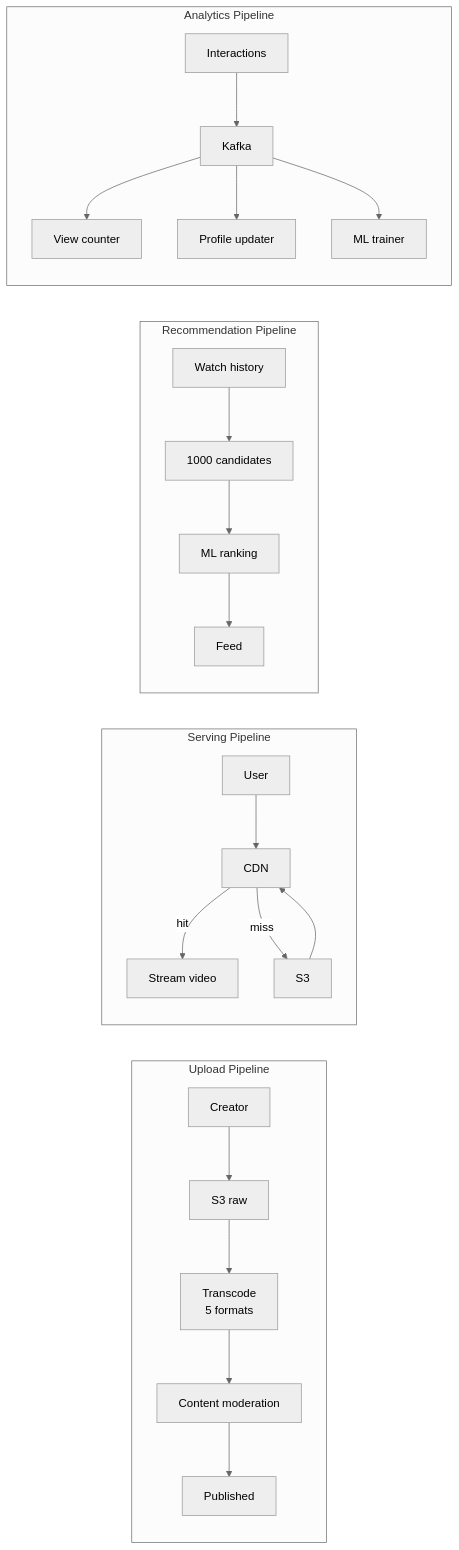
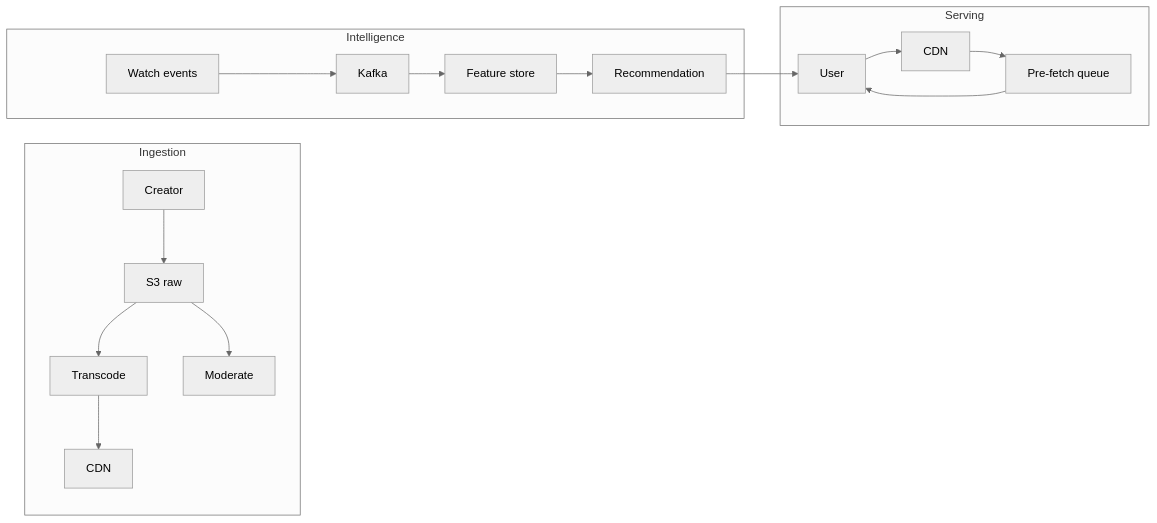
One commit to Nityaa2396/system-design-bootcamp changed the fourth of 4 diagrams in docs/case-studies/tiktok.md. Above: the diagram before and after it, drawn with Mermaid (neutral theme). The commit also changed other lines of this file, not shown here.

````diff
--- a/docs/case-studies/tiktok.md
+++ b/docs/case-studies/tiktok.md
@@ -306,29 +250,22 @@
 ```mermaid
 flowchart LR
-    subgraph Upload Pipeline
+    subgraph Ingestion
         A[Creator] --> B[S3 raw]
-        B --> C[Transcode\n5 formats]
-        C --> D[Content moderation]
-        D --> E[Published]
+        B --> C[Transcode]
+        B --> D[Moderate]
+        C --> E[CDN]
     end
 
-    subgraph Serving Pipeline
+    subgraph Serving
         F[User] --> G[CDN]
-        G -->|hit| H[Stream video]
-        G -->|miss| I[S3]
-        I --> G
+        G --> H[Pre-fetch queue]
+        H --> F
     end
 
-    subgraph Recommendation Pipeline
-        J[Watch history] --> K[1000 candidates]
-        K --> L[ML ranking]
-        L --> M[Feed]
-    end
-
-    subgraph Analytics Pipeline
-        N[Interactions] --> O[Kafka]
-        O --> P[View counter]
-        O --> Q[Profile updater]
-        O --> R[ML trainer]
+    subgraph Intelligence
+        I[Watch events] --> J[Kafka]
+        J --> K[Feature store]
+        K --> L[Recommendation]
+        L --> F
     end
 ```
````
